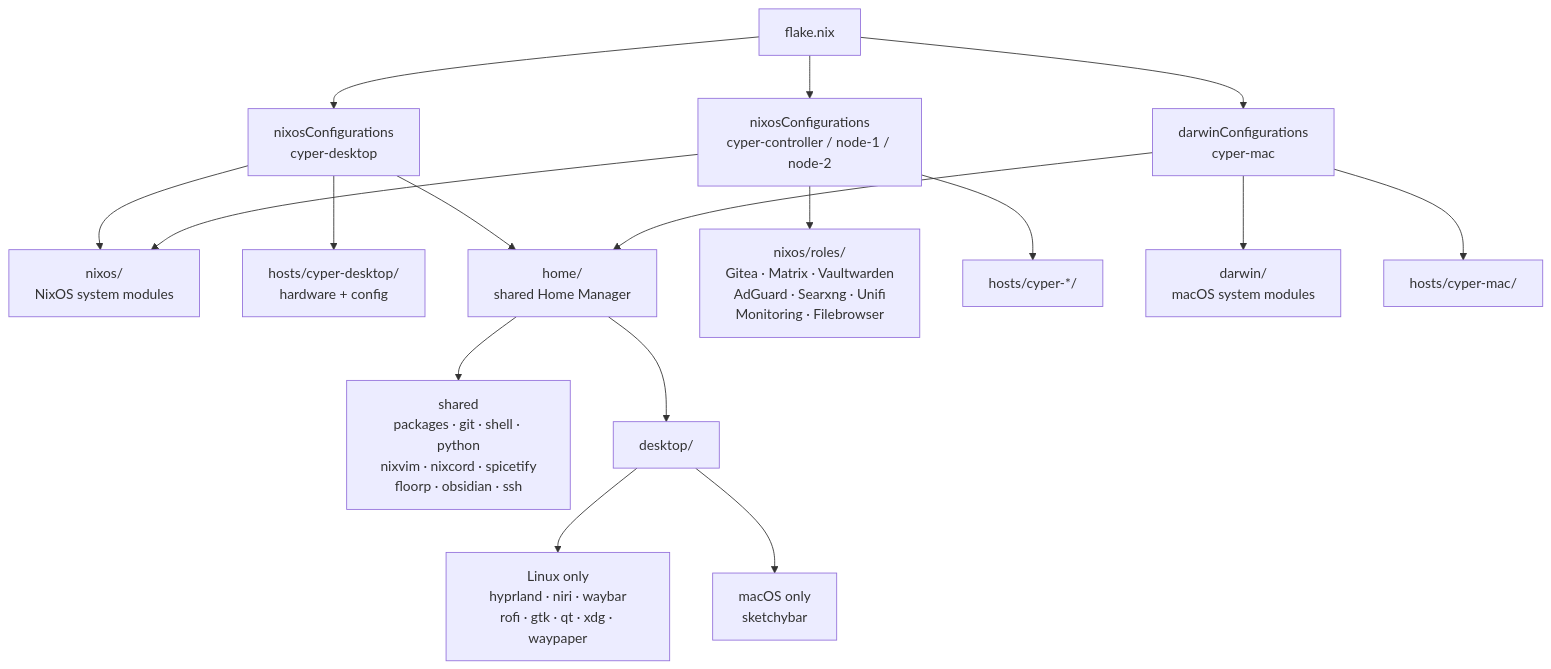
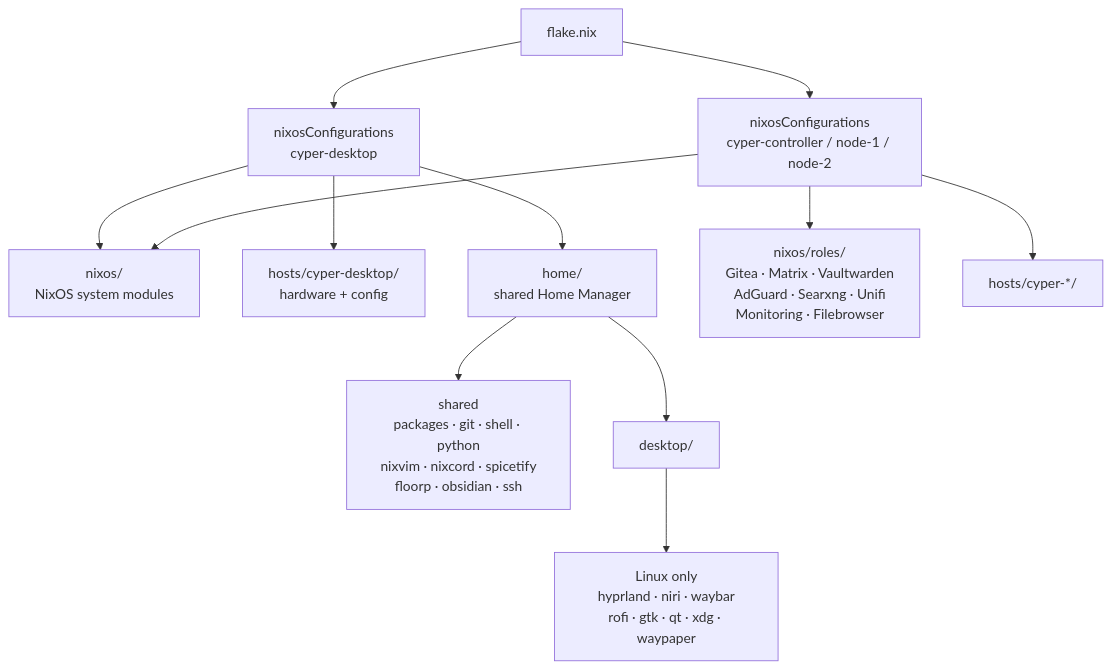
The diagram in README.md (DerGrumpf/cyper-nix), drawn with Mermaid before and after one commit. The commit also changed other lines of this file and 30 other files, not shown here.

````diff
--- a/README.md
+++ b/README.md
@@ -77,23 +66,17 @@
 ```mermaid
 graph TD
     flake[flake.nix] --> desktop[nixosConfigurations<br/>cyper-desktop]
     flake --> servers[nixosConfigurations<br/>cyper-controller / node-1 / node-2]
-    flake --> mac[darwinConfigurations<br/>cyper-mac]
 
     desktop --> nixos[nixos/<br/>NixOS system modules]
     desktop --> hd[hosts/cyper-desktop/<br/>hardware + config]
     desktop --> home[home/<br/>shared Home Manager]
 
     servers --> nixos
     servers --> roles[nixos/roles/<br/>Gitea · Matrix · Vaultwarden<br/>AdGuard · Searxng · Unifi<br/>Monitoring · Filebrowser]
     servers --> hc[hosts/cyper-*/]
 
-    mac --> darwin[darwin/<br/>macOS system modules]
-    mac --> hm[hosts/cyper-mac/]
-    mac --> home
-
     home --> shared[shared<br/>packages · git · shell · python<br/>nixvim · nixcord · spicetify<br/>floorp · obsidian · ssh]
     home --> deskmod[desktop/]
     deskmod --> dlinux[Linux only<br/>hyprland · niri · waybar<br/>rofi · gtk · qt · xdg · waypaper]
-    deskmod --> dmac[macOS only<br/>sketchybar]
 ```
````
